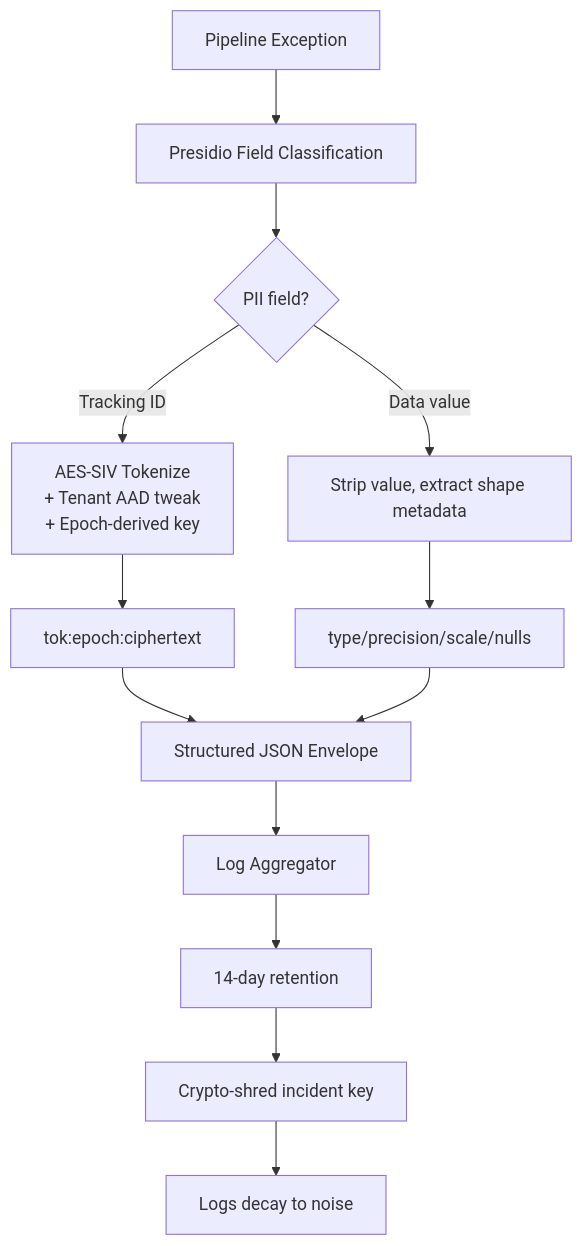
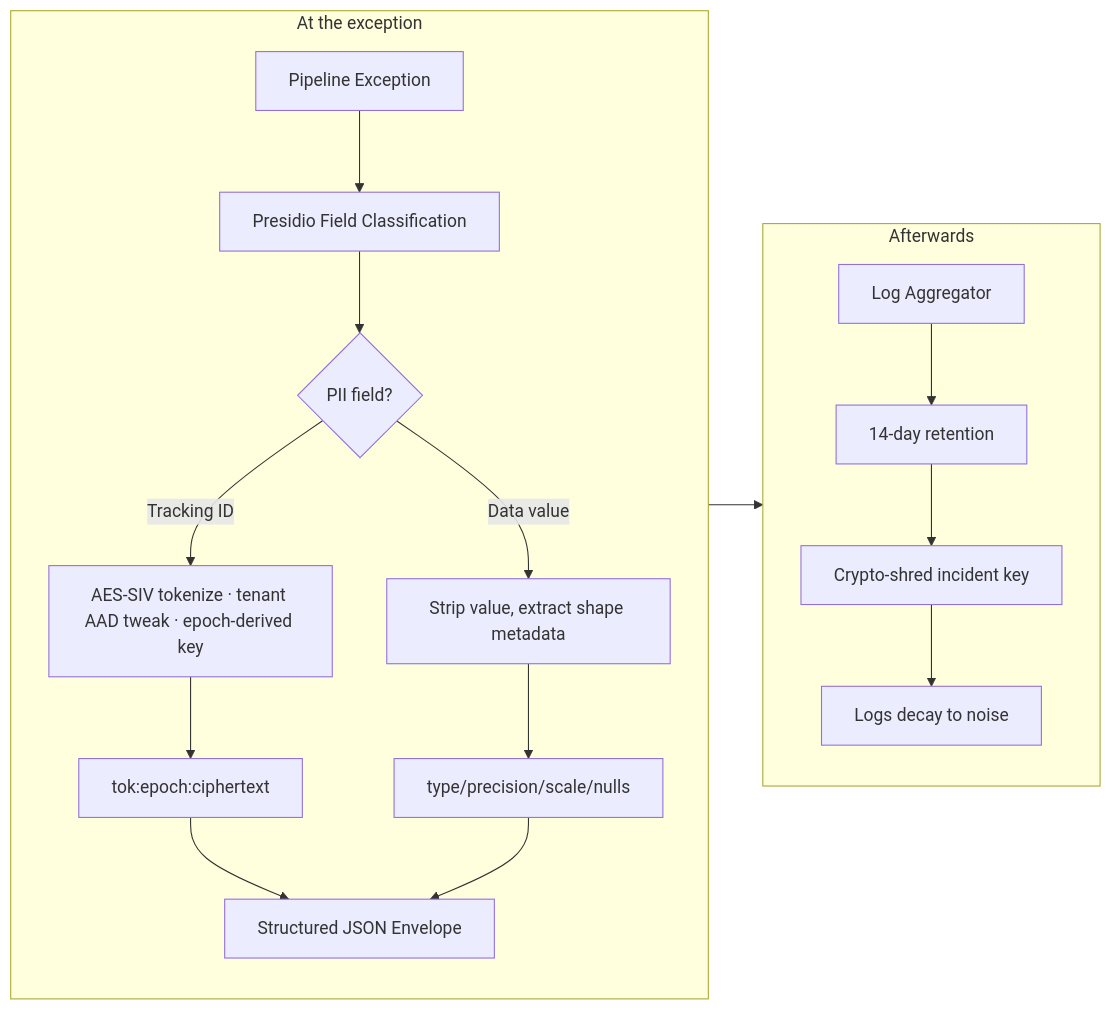
Before and after one commit to e-choness/portfolio-site: the fourth of 4 diagrams in _posts/2026-07-14-PII-masking.md, drawn with Mermaid. The commit also changed 22 other files, not shown here.

Commit message:
improve diagram display

````diff
--- a/_posts/2026-07-14-PII-masking.md
+++ b/_posts/2026-07-14-PII-masking.md
@@ -236,15 +236,21 @@
 ```mermaid
-flowchart TB
-    A[Pipeline Exception] --> B[Presidio Field Classification]
-    B --> C{PII field?}
-    C -->|Tracking ID| D[AES-SIV Tokenize<br/>+ Tenant AAD tweak<br/>+ Epoch-derived key]
-    C -->|Data value| E[Strip value, extract shape metadata]
-    D --> F[tok:epoch:ciphertext]
-    E --> G[type/precision/scale/nulls]
-    F --> H[Structured JSON Envelope]
-    G --> H
-    H --> I[Log Aggregator]
-    I --> J[14-day retention]
-    J --> K[Crypto-shred incident key]
-    K --> L[Logs decay to noise]
+flowchart LR
+    subgraph capture["At the exception"]
+        direction TB
+        A[Pipeline Exception] --> B[Presidio Field Classification]
+        B --> C{PII field?}
+        C -->|Tracking ID| D[AES-SIV tokenize · tenant AAD tweak · epoch-derived key]
+        C -->|Data value| E[Strip value, extract shape metadata]
+        D --> F[tok:epoch:ciphertext]
+        E --> G[type/precision/scale/nulls]
+        F --> H[Structured JSON Envelope]
+        G --> H
+    end
+    subgraph decay["Afterwards"]
+        direction TB
+        I[Log Aggregator] --> J[14-day retention]
+        J --> K[Crypto-shred incident key]
+        K --> L[Logs decay to noise]
+    end
+    capture --> decay
 ```
````
